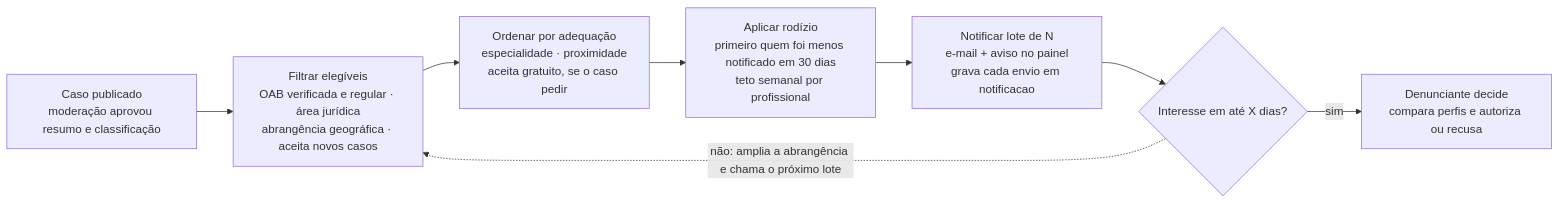
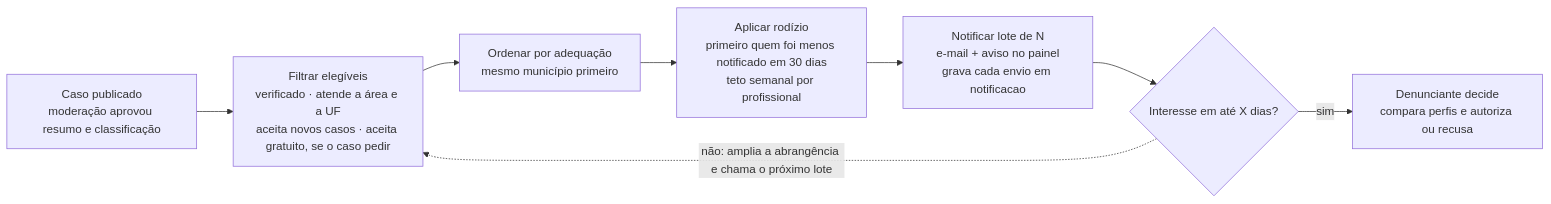
Before and after one commit to thiagomota456/denunciar-um-abuso-politico: the diagram in docs/arquitetura/03-distribuicao-notificacoes.md, drawn with Mermaid. The commit also changed other lines of this file and 10 other files, not shown here.

````diff
--- a/docs/arquitetura/03-distribuicao-notificacoes.md
+++ b/docs/arquitetura/03-distribuicao-notificacoes.md
@@ -5,11 +7,11 @@
 ```mermaid
 flowchart LR
     A["Caso publicado<br/>moderação aprovou resumo e classificação"] --> B
-    B["Filtrar elegíveis<br/>OAB verificada e regular · área jurídica<br/>abrangência geográfica · aceita novos casos"] --> C
-    C["Ordenar por adequação<br/>especialidade · proximidade<br/>aceita gratuito, se o caso pedir"] --> D
+    B["Filtrar elegíveis<br/>verificado · atende a área e a UF<br/>aceita novos casos · aceita gratuito, se o caso pedir"] --> C
+    C["Ordenar por adequação<br/>mesmo município primeiro"] --> D
     D["Aplicar rodízio<br/>primeiro quem foi menos notificado em 30 dias<br/>teto semanal por profissional"] --> E
     E["Notificar lote de N<br/>e-mail + aviso no painel<br/>grava cada envio em notificacao"] --> F
     F{"Interesse em até X dias?"}
     F -->|sim| G["Denunciante decide<br/>compara perfis e autoriza ou recusa"]
     F -.->|não: amplia a abrangência e chama o próximo lote| B
 ```
````
